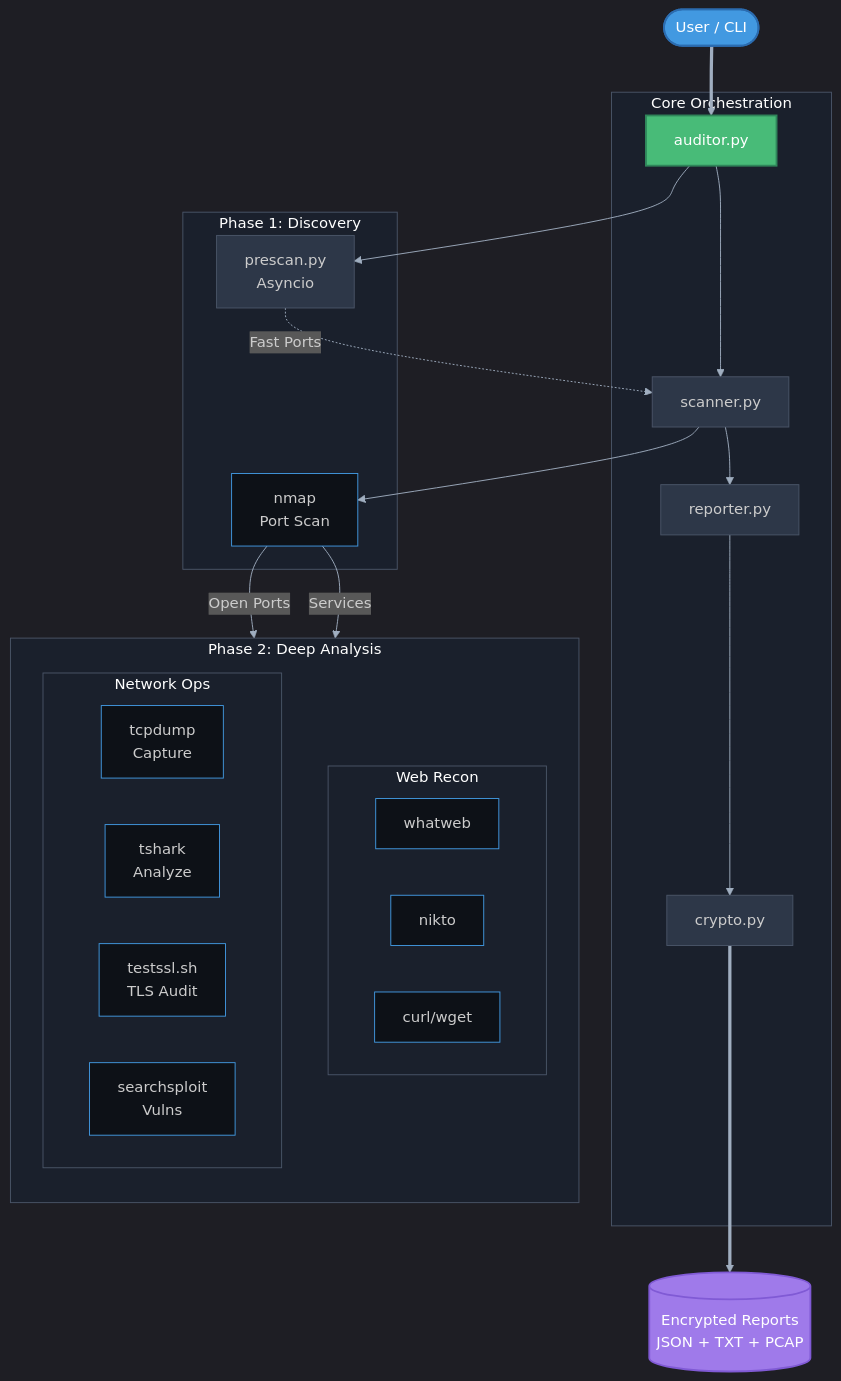
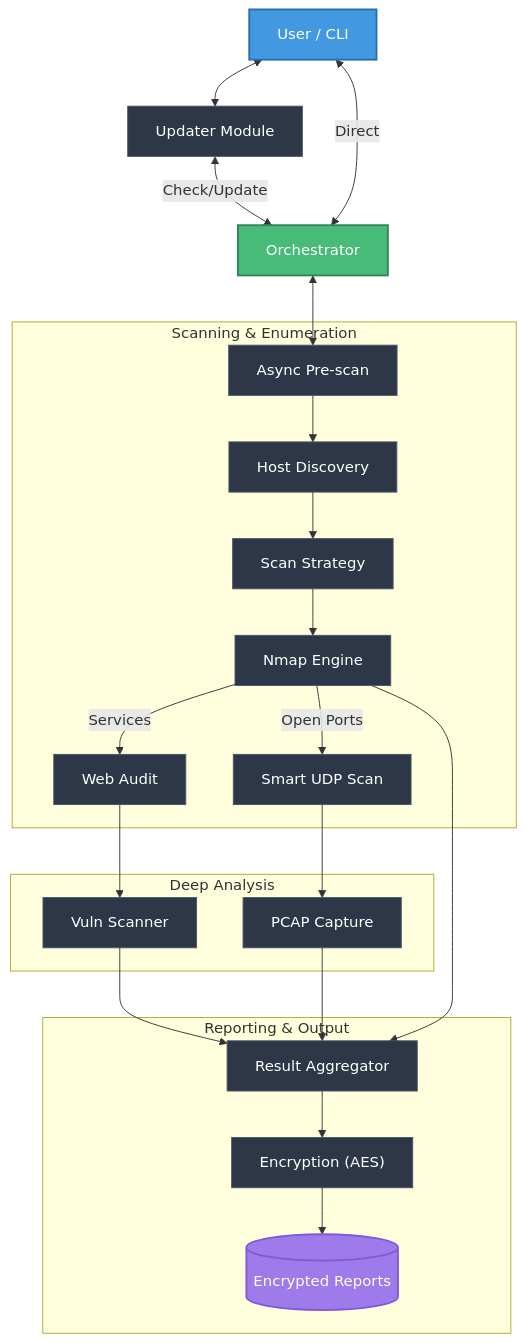
Before and after one commit to dorinbad/RedAudit: the diagram in README.md, drawn with Mermaid. The commit also changed other lines of this file and 28 other files, not shown here.

Commit message:
feat: Implement secure auto-update, intelligent UDP scanning, concurrent PCAP capture, and update documentation.

````diff
--- a/README.md
+++ b/README.md
@@ -47,61 +50,61 @@
 ```mermaid
-%%{init: {'theme': 'dark', 'themeVariables': { 'primaryColor': '#1a365d', 'primaryTextColor': '#fff', 'primaryBorderColor': '#4299e1', 'lineColor': '#a0aec0', 'secondaryColor': '#2d3748', 'tertiaryColor': '#1a202c', 'background': '#0d1117', 'mainBkg': '#0d1117', 'nodeBorder': '#4299e1', 'clusterBkg': '#1a202c', 'clusterBorder': '#4a5568', 'titleColor': '#fff'}}}%%
-flowchart TB
+graph TD
     %% Nodes
-    User([User / CLI])
+    User["User / CLI"]
+    Updater["Updater Module"]
+    Orchestrator["Orchestrator"]
     
-    subgraph Core ["Core Orchestration"]
-        Orchestrator[auditor.py]
-        Scanner[scanner.py]
-        Reporter[reporter.py]
-        Crypto[crypto.py]
+    subgraph Scanning ["Scanning & Enumeration"]
+        Prescan["Async Pre-scan"]
+        Discovery["Host Discovery"]
+        Strategies["Scan Strategy"]
+        Nmap["Nmap Engine"]
+        UDP["Smart UDP Scan"]
+        Web["Web Audit"]
     end
 
-    subgraph Phase1 ["Phase 1: Discovery"]
-        Prescan[prescan.py<br/>Asyncio]
-        Nmap[nmap<br/>Port Scan]
+    subgraph Analysis ["Deep Analysis"]
+        Vuln["Vuln Scanner"]
+        Capture["PCAP Capture"]
     end
 
-    subgraph Phase2 ["Phase 2: Deep Analysis"]
-        direction TB
-        subgraph Web ["Web Recon"]
-            WhatWeb[whatweb]
-            Nikto[nikto]
-            Curl[curl/wget]
-        end
-        
-        subgraph Net ["Network Ops"]
-            TcpDoes[tcpdump<br/>Capture]
-            Tshark[tshark<br/>Analyze]
-            TestSSL[testssl.sh<br/>TLS Audit]
-            Search[searchsploit<br/>Vulns]
-        end
+    subgraph Reporting ["Reporting & Output"]
+        Aggregator["Result Aggregator"]
+        Crypto["Encryption (AES)"]
+        Artifacts[("Encrypted Reports")]
     end
 
-    Output[("Encrypted Reports<br/>JSON + TXT + PCAP")]
+    %% Flow
+    User <--> Updater
+    Updater <-->|Check/Update| Orchestrator
+    User <-->|Direct| Orchestrator
+    
+    Orchestrator <--> Prescan
+    Prescan --> Discovery
+    Discovery --> Strategies
+    Strategies --> Nmap
+    
+    Nmap -->|Services| Web
+    Nmap -->|Open Ports| UDP
+    
+    Web --> Vuln
+    UDP --> Capture
+    
+    Vuln --> Aggregator
+    Capture --> Aggregator
+    Nmap --> Aggregator
+    
+    Aggregator --> Crypto
+    Crypto --> Artifacts
 
-    %% Flow
-    User ==> Orchestrator
-    Orchestrator --> Prescan
-    Orchestrator --> Scanner
+    %% Styles
+    classDef user fill:#4299e1,stroke:#2b6cb0,color:#fff,stroke-width:2px;
+    classDef orch fill:#48bb78,stroke:#2f855a,color:#fff,stroke-width:2px;
+    classDef output fill:#9f7aea,stroke:#805ad5,color:#fff,stroke-width:2px;
+    classDef module fill:#2d3748,stroke:#4a5568,color:#fff,stroke-width:1px;
     
-    Prescan -.->|Fast Ports| Scanner
-    Scanner --> Nmap
-    
-    Nmap -->|Open Ports| Web
-    Nmap -->|Services| Net
-
-    Scanner --> Reporter
-    Reporter --> Crypto
-    Crypto ==> Output
-
-    %% Styling
-    style User fill:#4299e1,stroke:#2b6cb0,color:#fff,stroke-width:2px
-    style Orchestrator fill:#48bb78,stroke:#2f855a,color:#fff,stroke-width:2px
-    style Output fill:#9f7aea,stroke:#805ad5,color:#fff,stroke-width:2px
-    
-    style Scanner fill:#2d3748,stroke:#4a5568
-    style Prescan fill:#2d3748,stroke:#4a5568
-    style Reporter fill:#2d3748,stroke:#4a5568
-    style Crypto fill:#2d3748,stroke:#4a5568
+    class User user;
+    class Orchestrator orch;
+    class Artifacts output;
+    class Updater,Prescan,Discovery,Strategies,Nmap,UDP,Web,Vuln,Capture,Aggregator,Crypto module;
 ```
````
